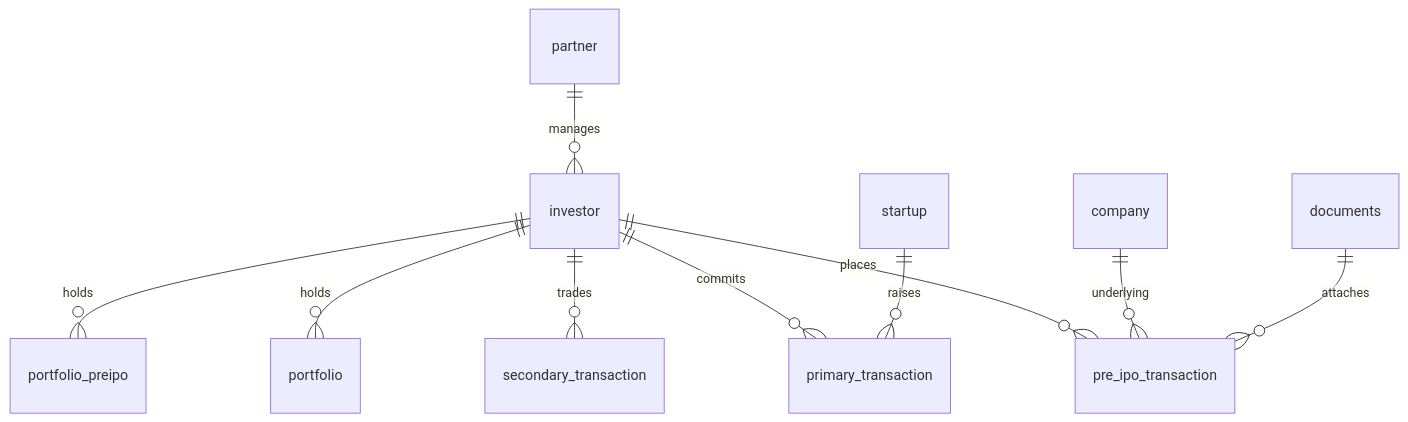
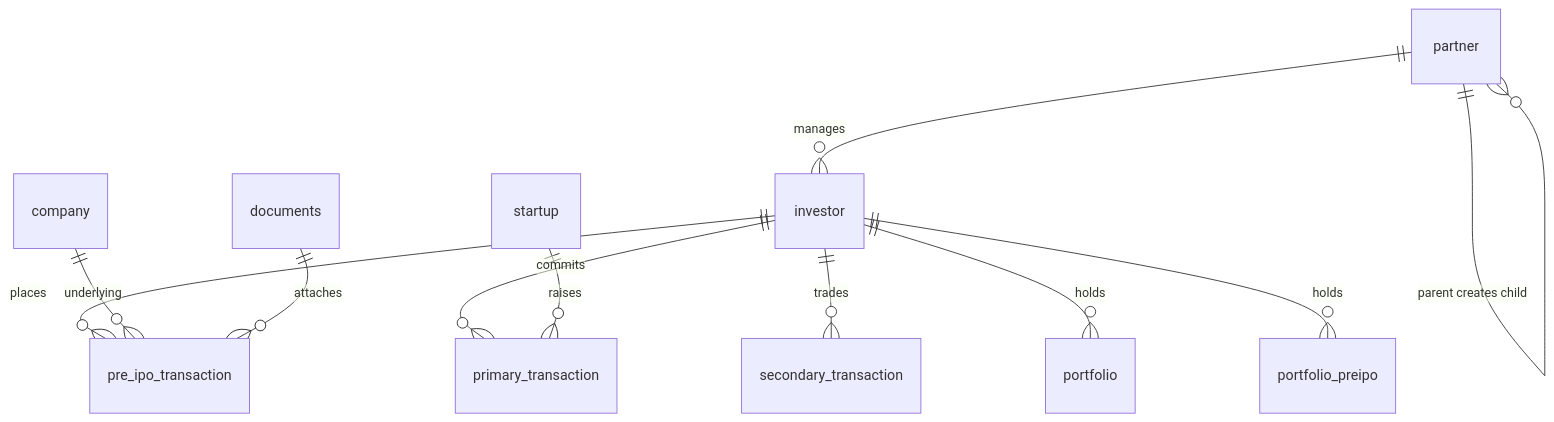
Before and after one commit to kavadevelopers/PrivateDealsBackend: the diagram in docs/database/overview.md, drawn with Mermaid. The commit also changed other lines of this file and 76 other files, not shown here.

````diff
--- a/docs/database/overview.md
+++ b/docs/database/overview.md
@@ -12,12 +12,13 @@
 ```mermaid
 erDiagram
   investor ||--o{ pre_ipo_transaction : places
   investor ||--o{ primary_transaction : commits
   investor ||--o{ secondary_transaction : trades
   investor ||--o{ portfolio : holds
   investor ||--o{ portfolio_preipo : holds
   partner ||--o{ investor : manages
+  partner ||--o{ partner : "parent creates child"
   company ||--o{ pre_ipo_transaction : underlying
   startup ||--o{ primary_transaction : raises
   documents ||--o{ pre_ipo_transaction : attaches
 ```
````
